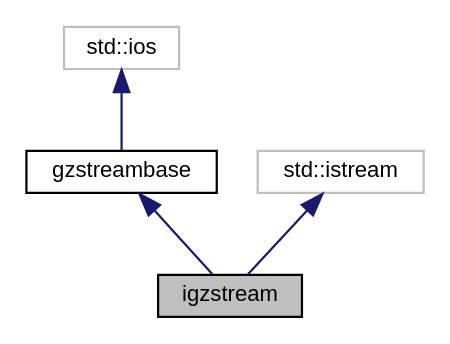
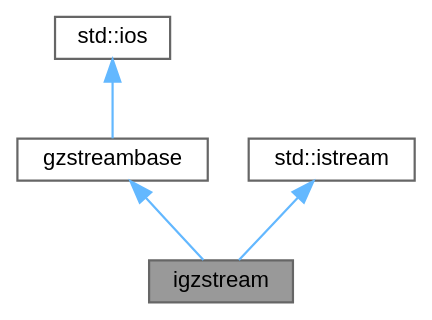
The diagram in docs/classigzstream__inherit__graph.dot (clrp-code/egs_brachy), drawn with Graphviz before and after one commit. The commit also changed 1817 other files, not shown here.

```diff
--- a/docs/classigzstream__inherit__graph.dot
+++ b/docs/classigzstream__inherit__graph.dot
@@ -1,12 +1,14 @@
 digraph "igzstream"
 {
-  edge [fontname="Helvetica",fontsize="10",labelfontname="Helvetica",labelfontsize="10"];
-  node [fontname="Helvetica",fontsize="10",shape=record];
-  Node0 [label="igzstream",height=0.2,width=0.4,color="black", fillcolor="grey75", style="filled", fontcolor="black"];
-  Node1 -> Node0 [dir="back",color="midnightblue",fontsize="10",style="solid",fontname="Helvetica"];
-  Node1 [label="gzstreambase",height=0.2,width=0.4,color="black", fillcolor="white", style="filled",URL="$classgzstreambase.html"];
-  Node2 -> Node1 [dir="back",color="midnightblue",fontsize="10",style="solid",fontname="Helvetica"];
-  Node2 [label="std::ios",height=0.2,width=0.4,color="grey75", fillcolor="white", style="filled"];
-  Node3 -> Node0 [dir="back",color="midnightblue",fontsize="10",style="solid",fontname="Helvetica"];
-  Node3 [label="std::istream",height=0.2,width=0.4,color="grey75", fillcolor="white", style="filled"];
+ // LATEX_PDF_SIZE
+  bgcolor="transparent";
+  edge [fontname=Helvetica,fontsize=10,labelfontname=Helvetica,labelfontsize=10];
+  node [fontname=Helvetica,fontsize=10,shape=box,height=0.2,width=0.4];
+  Node1 [label="igzstream",height=0.2,width=0.4,color="gray40", fillcolor="grey60", style="filled", fontcolor="black",tooltip=" "];
+  Node2 -> Node1 [dir="back",color="steelblue1",style="solid"];
+  Node2 [label="gzstreambase",height=0.2,width=0.4,color="gray40", fillcolor="white", style="filled",URL="$classgzstreambase.html",tooltip=" "];
+  Node3 -> Node2 [dir="back",color="steelblue1",style="solid"];
+  Node3 [label="std::ios",height=0.2,width=0.4,color="gray40", fillcolor="white", style="filled",tooltip=" "];
+  Node4 -> Node1 [dir="back",color="steelblue1",style="solid"];
+  Node4 [label="std::istream",height=0.2,width=0.4,color="gray40", fillcolor="white", style="filled",tooltip=" "];
 }
```
